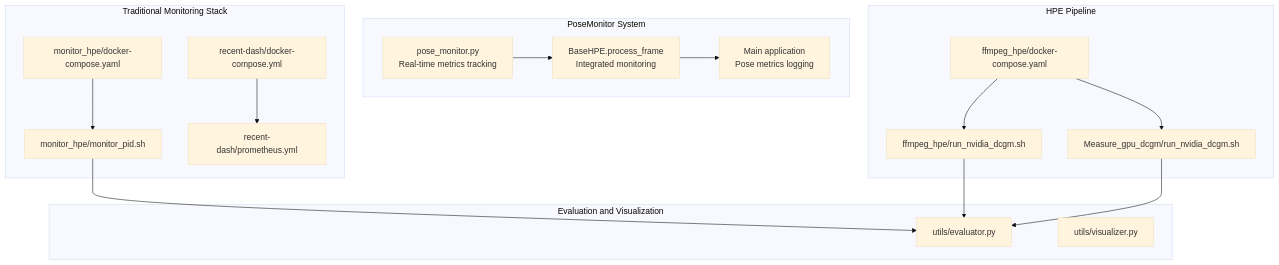
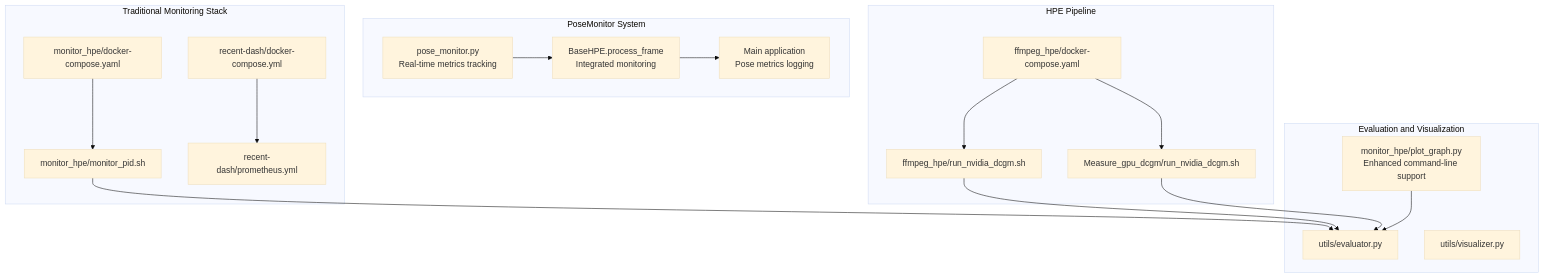
One commit to Fogus-Gr/MeasurementsDTs changed the first of 10 diagrams in .qoder/repowiki/en/content/Monitoring and Analytics/Monitoring and Analytics.md. Above: the diagram before and after it, drawn with Mermaid (base theme). The commit also changed other lines of this file and 9 other files, not shown here.

````diff
--- a/.qoder/repowiki/en/content/Monitoring and Analytics/Monitoring and Analytics.md
+++ b/.qoder/repowiki/en/content/Monitoring and Analytics/Monitoring and Analytics.md
@@ -62,32 +64,34 @@
 ```mermaid
 graph TB
 subgraph "PoseMonitor System"
 A["pose_monitor.py<br/>Real-time metrics tracking"]
 B["BaseHPE.process_frame<br/>Integrated monitoring"]
 C["Main application<br/>Pose metrics logging"]
 end
 subgraph "Traditional Monitoring Stack"
 D["monitor_hpe/monitor_pid.sh"]
 E["monitor_hpe/docker-compose.yaml"]
 F["recent-dash/prometheus.yml"]
 G["recent-dash/docker-compose.yml"]
 end
 subgraph "HPE Pipeline"
 H["ffmpeg_hpe/docker-compose.yaml"]
 I["ffmpeg_hpe/run_nvidia_dcgm.sh"]
 J["Measure_gpu_dcgm/run_nvidia_dcgm.sh"]
 end
 subgraph "Evaluation and Visualization"
 K["utils/evaluator.py"]
 L["utils/visualizer.py"]
+M["monitor_hpe/plot_graph.py<br/>Enhanced command-line support"]
 end
 A --> B
 B --> C
 E --> D
 G --> F
 H --> I
 H --> J
 D --> K
 I --> K
 J --> K
+M --> K
 ```
````
